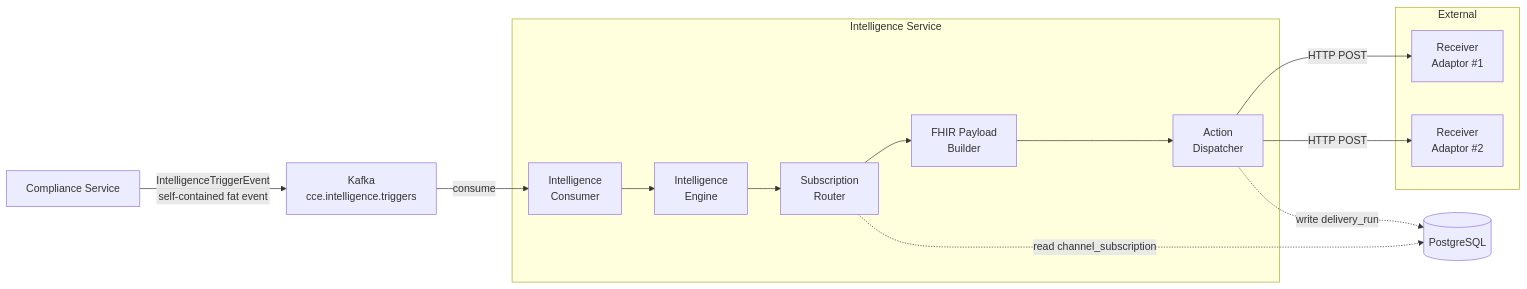
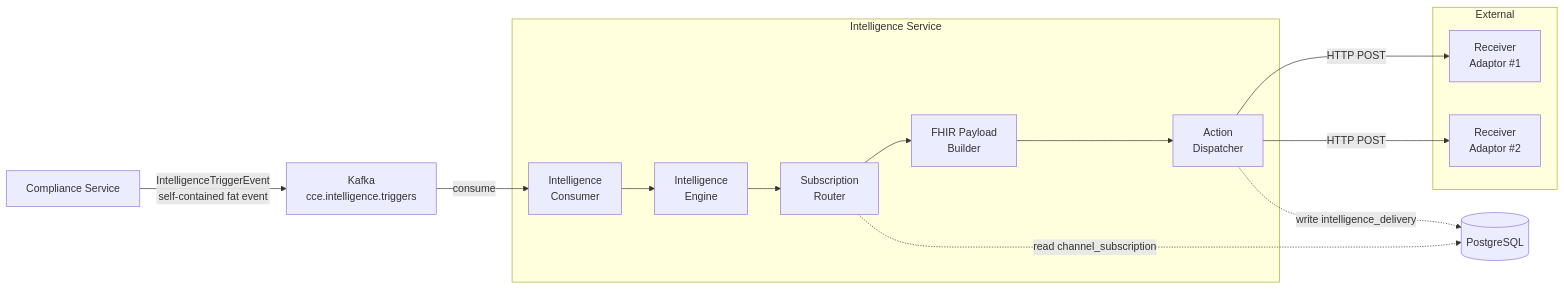
The first of 13 diagrams in docs/flow-diagrams.md (Jayaprakash8887/cce-intelligence-service), drawn with Mermaid before and after one commit. The commit also changed other lines of this file and 6 other files, not shown here.

First line of the commit message:
refactor: rename delivery_run and related entities to intelligence_delivery

````diff
--- a/docs/flow-diagrams.md
+++ b/docs/flow-diagrams.md
@@ -24,27 +24,27 @@
 ```mermaid
 flowchart LR
     CS[Compliance Service] -->|IntelligenceTriggerEvent<br/>self-contained fat event| K[Kafka<br/>cce.intelligence.triggers]
     K -->|consume| IC[Intelligence<br/>Consumer]
     IC --> IE[Intelligence<br/>Engine]
     IE --> SR[Subscription<br/>Router]
     SR --> FB[FHIR Payload<br/>Builder]
     FB --> AD[Action<br/>Dispatcher]
     AD -->|HTTP POST| RA1[Receiver<br/>Adaptor #1]
     AD -->|HTTP POST| RA2[Receiver<br/>Adaptor #2]
 
     subgraph Intelligence Service
         IC
         IE
         FB
         SR
         AD
     end
 
     subgraph External
         RA1
         RA2
     end
 
     SR -.->|read channel_subscription| DB[(PostgreSQL)]
-    AD -.->|write delivery_run| DB
+    AD -.->|write intelligence_delivery| DB
 ```
````
